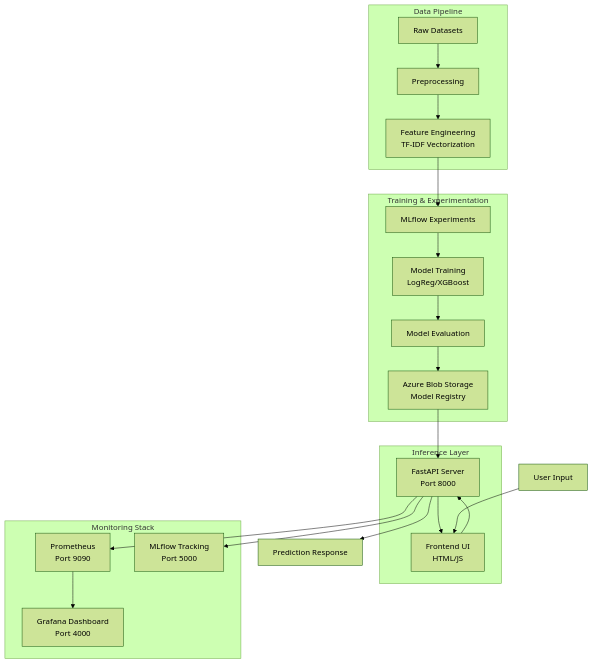
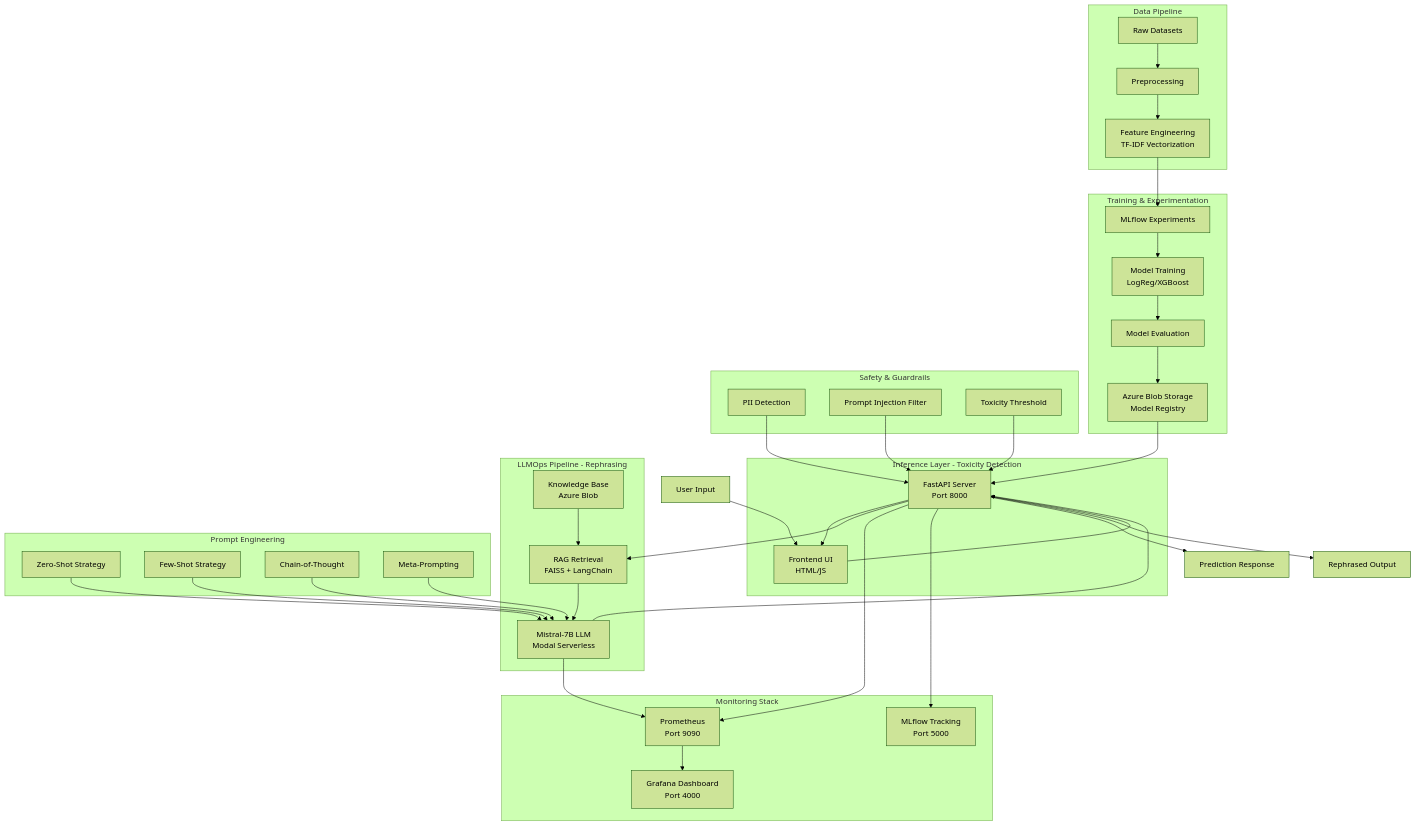
One commit to al-Jurjani/DetoxifyAI changed the diagram in README.md. Above: the diagram before and after it, drawn with Mermaid (forest theme). The commit also changed other lines of this file, not shown here.

````diff
--- a/README.md
+++ b/README.md
@@ -9,29 +9,51 @@
 ```mermaid
 graph TB
     subgraph "Data Pipeline"
         A[Raw Datasets] --> B[Preprocessing]
         B --> C[Feature Engineering<br/>TF-IDF Vectorization]
     end
 
     subgraph "Training & Experimentation"
         C --> D[MLflow Experiments]
         D --> E[Model Training<br/>LogReg/XGBoost]
         E --> F[Model Evaluation]
         F --> G[Azure Blob Storage<br/>Model Registry]
     end
 
-    subgraph "Inference Layer"
+    subgraph "Inference Layer - Toxicity Detection"
         G --> H[FastAPI Server<br/>Port 8000]
         H --> I[Frontend UI<br/>HTML/JS]
     end
 
-    subgraph "Monitoring Stack"
-        H --> J[Prometheus<br/>Port 9090]
-        J --> K[Grafana Dashboard<br/>Port 4000]
-        H --> L[MLflow Tracking<br/>Port 5000]
+    subgraph "LLMOps Pipeline - Rephrasing"
+        J[Knowledge Base<br/>Azure Blob] --> K[RAG Retrieval<br/>FAISS + LangChain]
+        K --> L[Mistral-7B LLM<br/>Modal Serverless]
+        H --> K
+        L --> H
     end
 
-    M[User Input] --> I
+    subgraph "Prompt Engineering"
+        M[Zero-Shot Strategy] --> L
+        N[Few-Shot Strategy] --> L
+        O[Chain-of-Thought] --> L
+        P[Meta-Prompting] --> L
+    end
+
+    subgraph "Safety & Guardrails"
+        Q[PII Detection] --> H
+        R[Prompt Injection Filter] --> H
+        S[Toxicity Threshold] --> H
+    end
+
+    subgraph "Monitoring Stack"
+        H --> T[Prometheus<br/>Port 9090]
+        T --> U[Grafana Dashboard<br/>Port 4000]
+        H --> V[MLflow Tracking<br/>Port 5000]
+        L --> T
+    end
+
+    W[User Input] --> I
     I --> H
-    H --> N[Prediction Response]
+    H --> X[Prediction Response]
+    H --> Y[Rephrased Output]
 ```
````
